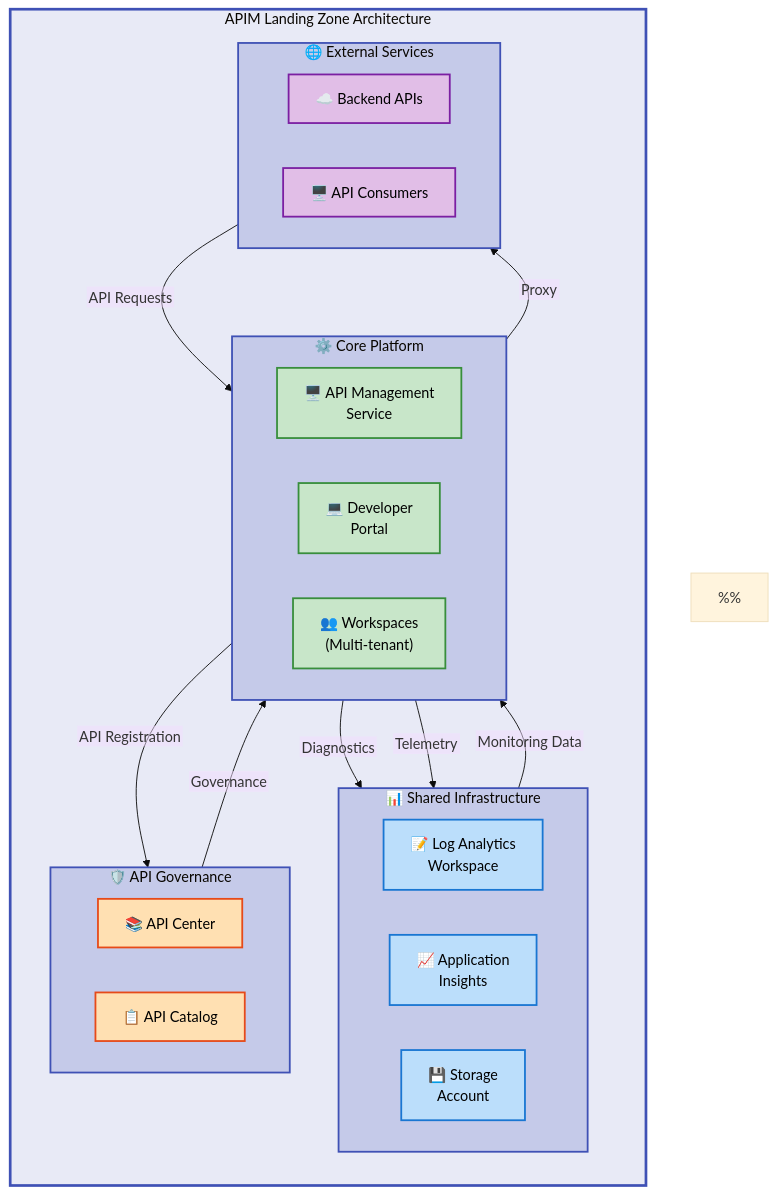
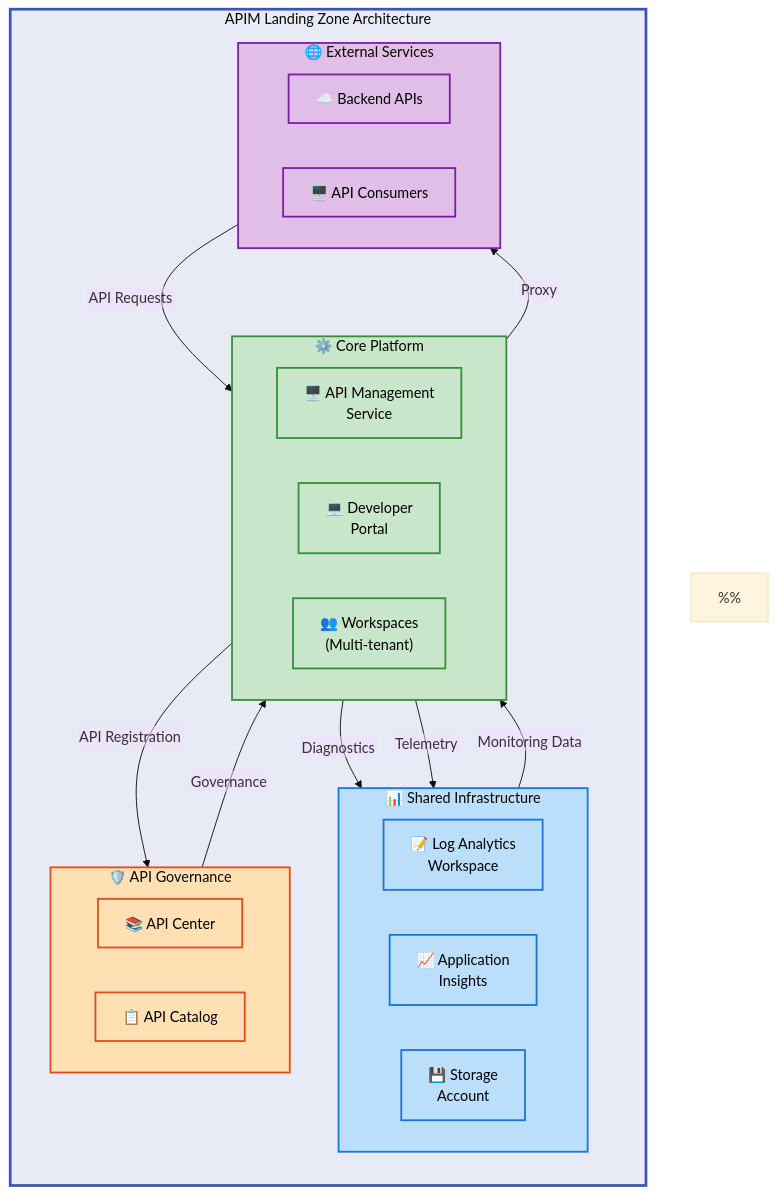
The diagram in README.md (Evilazaro/APIM-Accelerator), drawn with Mermaid (base theme) before and after one commit.

Commit message:
Enhance flowchart color scheme in README.md for improved visual differentiation and consistency

````diff
--- a/README.md
+++ b/README.md
@@ -54,6 +54,8 @@
     classDef mdPurple fill:#E1BEE7,stroke:#7B1FA2,stroke-width:2px,color:#000
     classDef mdTeal fill:#B2DFDB,stroke:#00796B,stroke-width:2px,color:#000
     classDef mdYellow fill:#FFF9C4,stroke:#F57F17,stroke-width:2px,color:#000
+    classDef mdRed fill:#FFCDD2,stroke:#D32F2F,stroke-width:2px,color:#000
+    classDef mdGrey fill:#F5F5F5,stroke:#616161,stroke-width:2px,color:#000
     %% ============================================
     %% COLOR SCHEME DOCUMENTATION
     %% ============================================
@@ -62,16 +64,17 @@
     %%   - Purpose: Visual hierarchy and architectural boundary
     %%   - Stroke: Indigo 500 (#3F51B5), 3px
     %%
-    %% Level 2 (Sub Groups): Indigo 100 (#C5CAE9)
-    %%   - Used for: ALL Level 2 subgraphs (shared, core, inventory, external)
-    %%   - Purpose: Hierarchical visual consistency
-    %%   - Stroke: Indigo 500 (#3F51B5), 2px
+    %% Level 2 (Functional Siblings): Semantic colors for differentiation
+    %%   - Shared Infrastructure: Blue (#BBDEFB) - Monitoring & observability
+    %%   - Core Platform: Green (#C8E6C9) - Primary workload/services
+    %%   - API Governance: Orange (#FFE0B2) - Governance & compliance
+    %%   - External Services: Purple (#E1BEE7) - External integrations
+    %%   - Purpose: Visual differentiation by functional purpose
+    %%   - Stroke: Material Design 700 shades, 2px
     %%
-    %% Level 3 (Content Nodes): Semantic colors for differentiation
-    %%   - Shared Infrastructure: Blue (#BBDEFB)
-    %%   - Core Platform: Green (#C8E6C9)
-    %%   - API Governance: Orange (#FFE0B2)
-    %%   - External Services: Purple (#E1BEE7)
+    %% Level 3 (Content Nodes): Inherit parent subgraph colors
+    %%   - Applied via classDef to individual nodes
+    %%   - Ensures visual consistency within each functional layer
     %% ============================================
 
     subgraph system["APIM Landing Zone Architecture"]
@@ -115,8 +118,8 @@
 
     %% Apply style directives to ALL subgraphs
     style system fill:#E8EAF6,stroke:#3F51B5,stroke-width:3px
-    style shared fill:#C5CAE9,stroke:#3F51B5,stroke-width:2px
-    style core fill:#C5CAE9,stroke:#3F51B5,stroke-width:2px
-    style inventory fill:#C5CAE9,stroke:#3F51B5,stroke-width:2px
-    style external fill:#C5CAE9,stroke:#3F51B5,stroke-width:2px
+    style shared fill:#BBDEFB,stroke:#1976D2,stroke-width:2px
+    style core fill:#C8E6C9,stroke:#388E3C,stroke-width:2px
+    style inventory fill:#FFE0B2,stroke:#E64A19,stroke-width:2px
+    style external fill:#E1BEE7,stroke:#7B1FA2,stroke-width:2px
 ```
````
